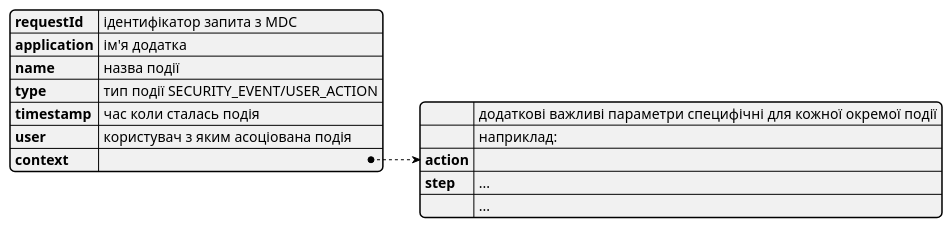
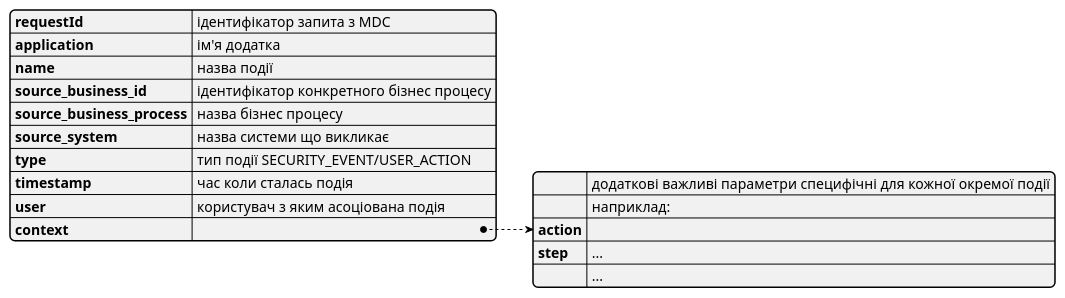
The first of 5 diagrams in modules/ROOT/pages/datafactory/audit.adoc (epam/edp-ddm-architecture), drawn with PlantUML before and after one commit. The commit also changed other lines of this file, not shown here.

```diff
--- a/modules/ROOT/pages/datafactory/audit.adoc
+++ b/modules/ROOT/pages/datafactory/audit.adoc
@@ -17,20 +17,23 @@
 [plantuml, event, svg]
 ----
 @startjson
 {
     "requestId": "ідентифікатор запита з MDC",
     "application": "ім'я додатка",
     "name": "назва події",
+    "source_business_id": "ідентифікатор конкретного бізнес процесу",
+    "source_business_process": "назва бізнес процесу",
+    "source_system": "назва системи що викликає",
     "type": "тип події SECURITY_EVENT/USER_ACTION",
     "timestamp": "час коли сталась подія",
     "user": "користувач з яким асоціована подія",
     "context": {
         "": "додаткові важливі параметри специфічні для кожної окремої події",
         "": "наприклад:",
         "action": "",
         "step": "...",
         "": "..."
     }
 }
 @endjson
 ----
```
